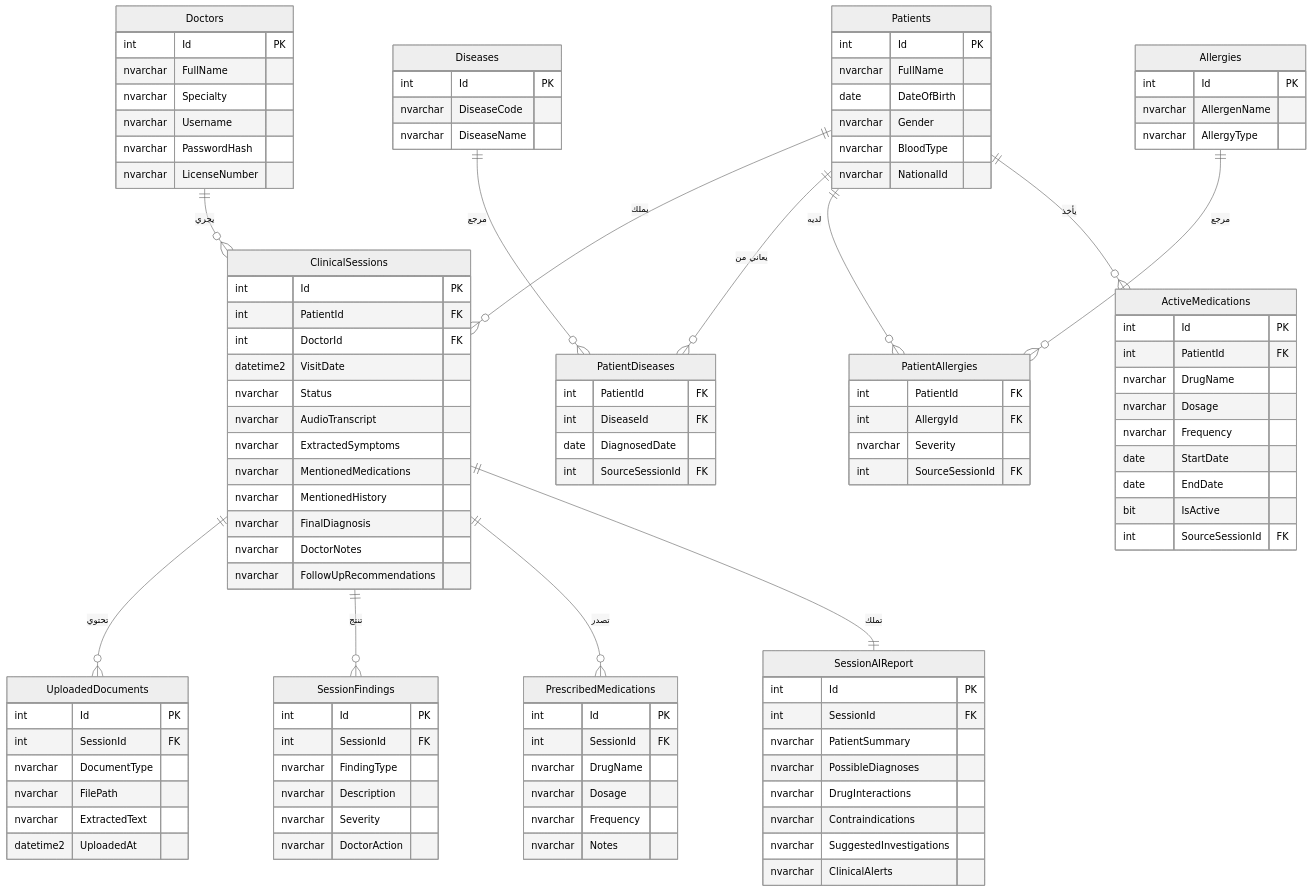
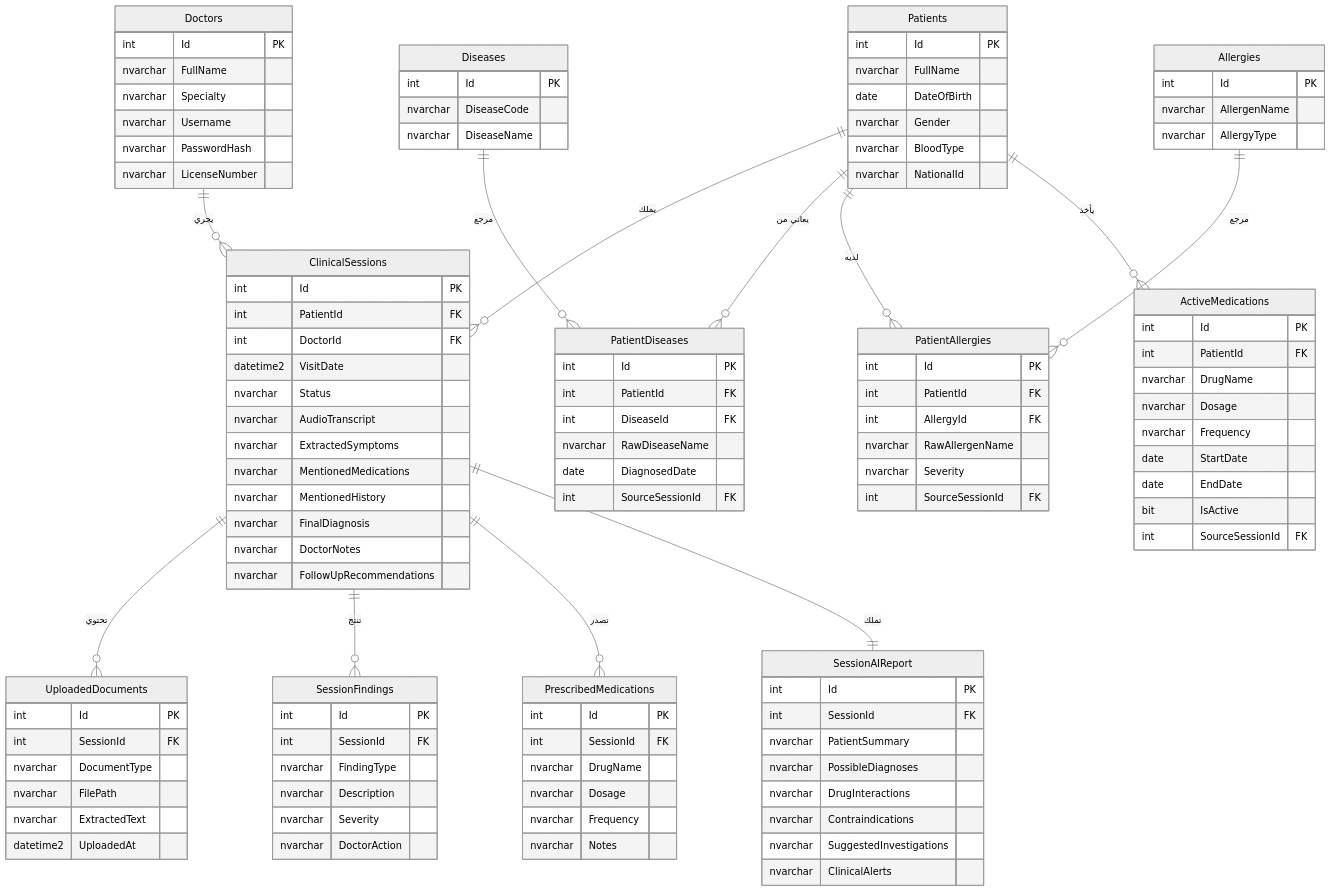
Before and after one commit to Ahmed-Fathi2/CliniKa: the diagram in CliniKa.Presentation/database_design_full.md, drawn with Mermaid (neutral theme). The commit also changed other lines of this file and 11 other files, not shown here.

```diff
--- a/CliniKa.Presentation/database_design_full.md
+++ b/CliniKa.Presentation/database_design_full.md
@@ -69,8 +69,10 @@
         datetime2 UploadedAt
     }
     PatientDiseases {
+        int Id PK
         int PatientId FK
         int DiseaseId FK
+        nvarchar RawDiseaseName
         date DiagnosedDate
         int SourceSessionId FK
     }
@@ -80,8 +82,10 @@
         nvarchar DiseaseName
     }
     PatientAllergies {
+        int Id PK
         int PatientId FK
         int AllergyId FK
+        nvarchar RawAllergenName
         nvarchar Severity
         int SourceSessionId FK
     }
```
